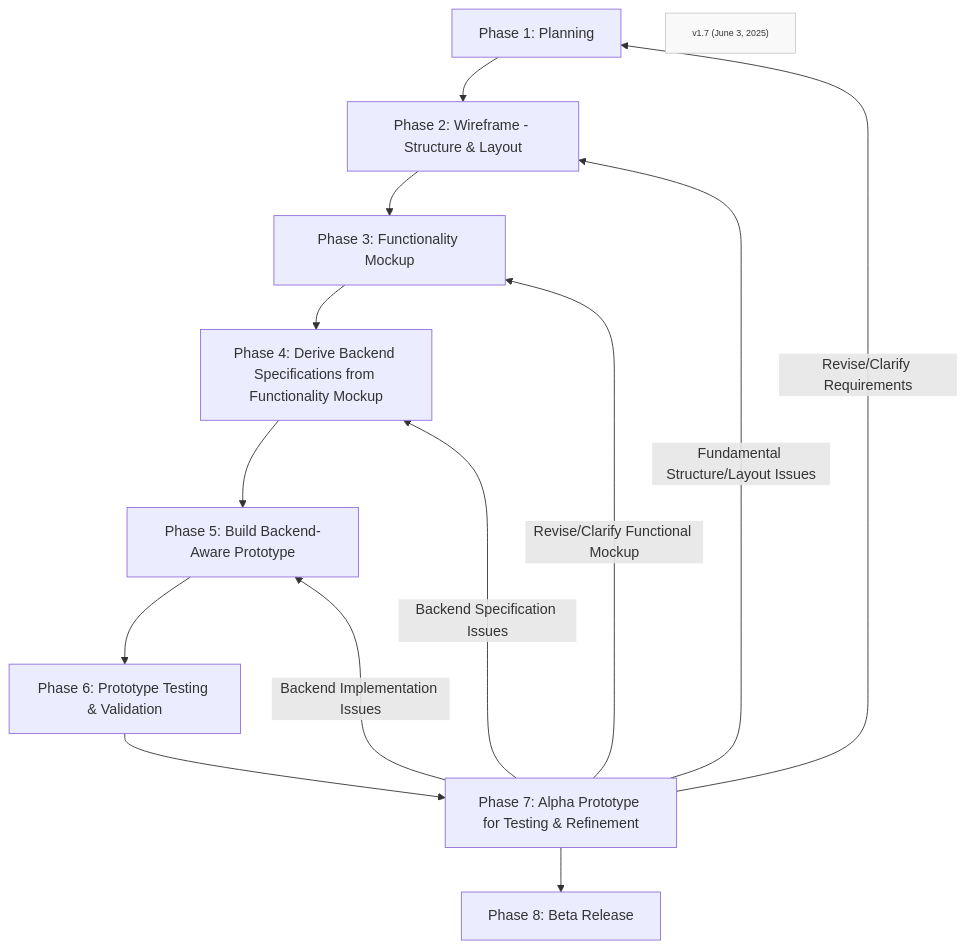
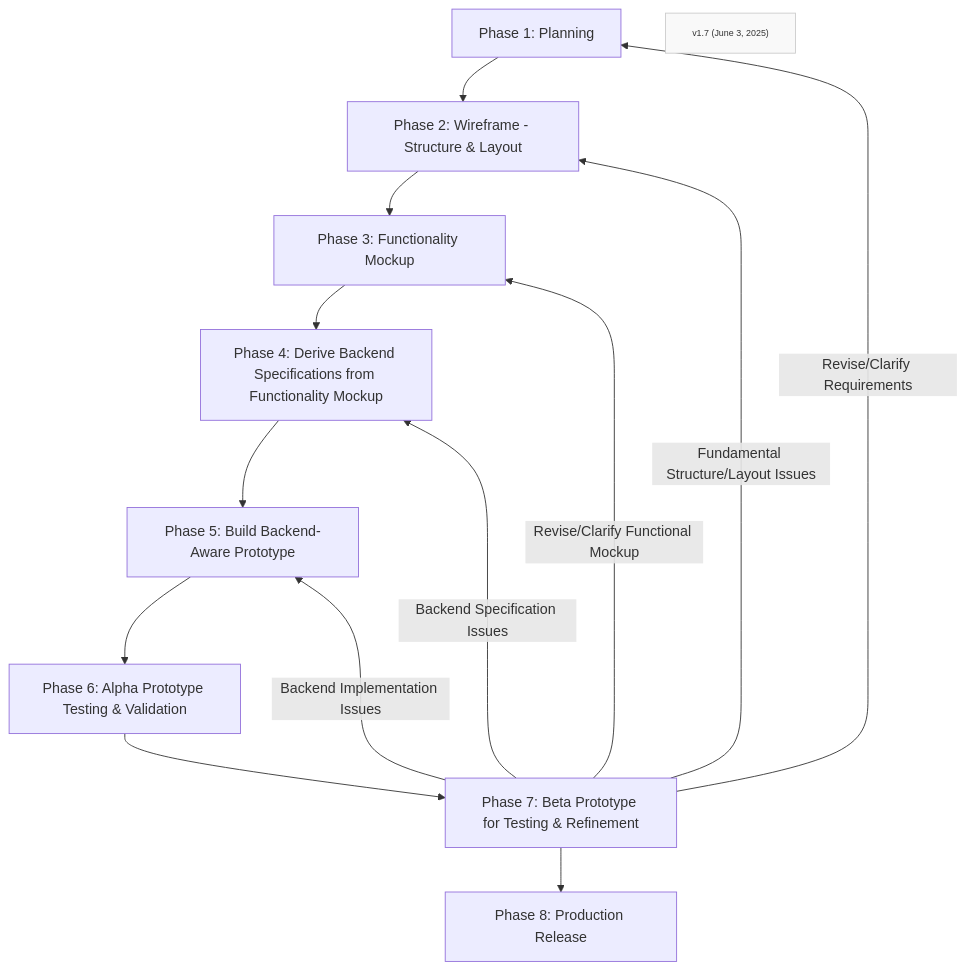
One commit to Mharbulous/Front-First-Method changed the diagram in Phases/FF-overview.md. Above: the diagram before and after it, drawn with Mermaid.

````diff
--- a/Phases/FF-overview.md
+++ b/Phases/FF-overview.md
@@ -1,22 +1,22 @@
 ```mermaid
 graph TD
     Phase1["Phase 1: Planning"] --> Phase2["Phase 2: Wireframe - Structure & Layout"]
     Phase2 --> Phase3["Phase 3: Functionality Mockup"]
     Phase3 --> Phase4["Phase 4: Derive Backend Specifications from Functionality Mockup"]
     Phase4 --> Phase5["Phase 5: Build Backend-Aware Prototype"]
-    Phase5 --> Phase6["Phase 6: Prototype Testing & Validation"]
-    Phase6 --> Phase7["Phase 7: Alpha Prototype for Testing & Refinement"]
-    Phase7 --> Phase8["Phase 8: Beta Release"]
+    Phase5 --> Phase6["Phase 6: Alpha Prototype Testing & Validation"]
+    Phase6 --> Phase7["Phase 7: Beta Prototype for Testing & Refinement"]
+    Phase7 --> Phase8["Phase 8: Production Release"]
     
     Phase7 -->|Revise/Clarify Requirements| Phase1
     Phase7 -->|Fundamental Structure/Layout Issues| Phase2
     Phase7 -->|Revise/Clarify Functional Mockup| Phase3
     Phase7 -->|Backend Specification Issues| Phase4
     Phase7 -->|Backend Implementation Issues| Phase5            
     
     
 
     VersionInfo["v1.7 (June 3, 2025)"]
     classDef version fill:#f9f9f9,stroke:#ccc,font-size:10px;
     class VersionInfo version
 ```
````
